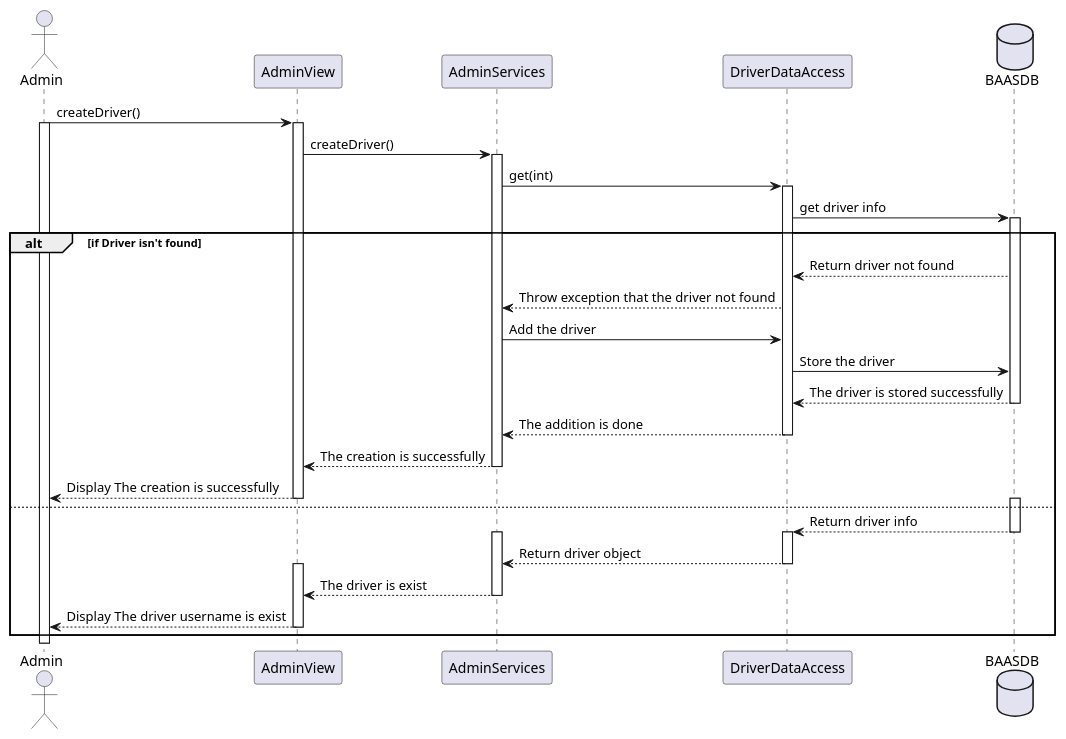
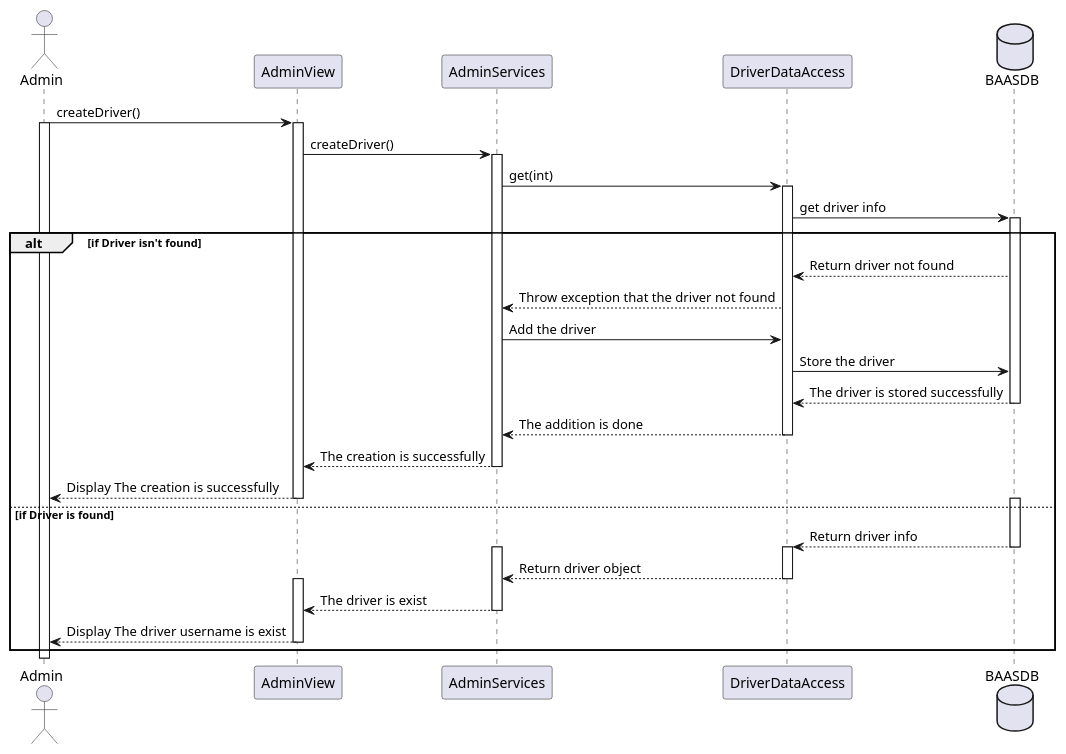
Before and after one commit to moazbasheer/BaaS_GP: the diagram in Sequence Diagrams/pu/createDriverAccount.pu, drawn with PlantUML. The commit also changed 3 other files, not shown here.

```diff
--- a/Sequence Diagrams/pu/createDriverAccount.pu
+++ b/Sequence Diagrams/pu/createDriverAccount.pu
@@ -1,43 +1,43 @@
 @startuml   
   actor Admin  as Admin
   participant AdminView as AdminView
   participant AdminServices as AdminServices
   participant DriverDataAccess as DriverDataAccess
   database BAASDB as BaasDB
   Admin -> AdminView : createDriver()
   activate Admin
   activate AdminView
   AdminView -> AdminServices : createDriver()
   activate AdminServices
   AdminServices -> DriverDataAccess : get(int)
   activate DriverDataAccess
   DriverDataAccess -> BaasDB : get driver info
   activate BaasDB
   alt  if Driver isn't found  
     BaasDB --> DriverDataAccess : Return driver not found 
     DriverDataAccess --> AdminServices : Throw exception that the driver not found
     AdminServices -> DriverDataAccess : Add the driver
     DriverDataAccess -> BaasDB : Store the driver
     BaasDB --> DriverDataAccess : The driver is stored successfully
     deactivate BaasDB  
     DriverDataAccess --> AdminServices : The addition is done 
     deactivate DriverDataAccess
     AdminServices --> AdminView: The creation is successfully
     deactivate AdminServices
     AdminView --> Admin : Display The creation is successfully
     deactivate AdminView
-  else
+  else if Driver is found
     activate BaasDB
     BaasDB --> DriverDataAccess : Return driver info 
     deactivate BaasDB
     activate DriverDataAccess
     activate AdminServices
     DriverDataAccess --> AdminServices : Return driver object
     deactivate DriverDataAccess
     activate AdminView
     AdminServices --> AdminView: The driver is exist
     deactivate AdminServices
     AdminView --> Admin : Display The driver username is exist
     deactivate AdminView
   end
 @enduml
```
